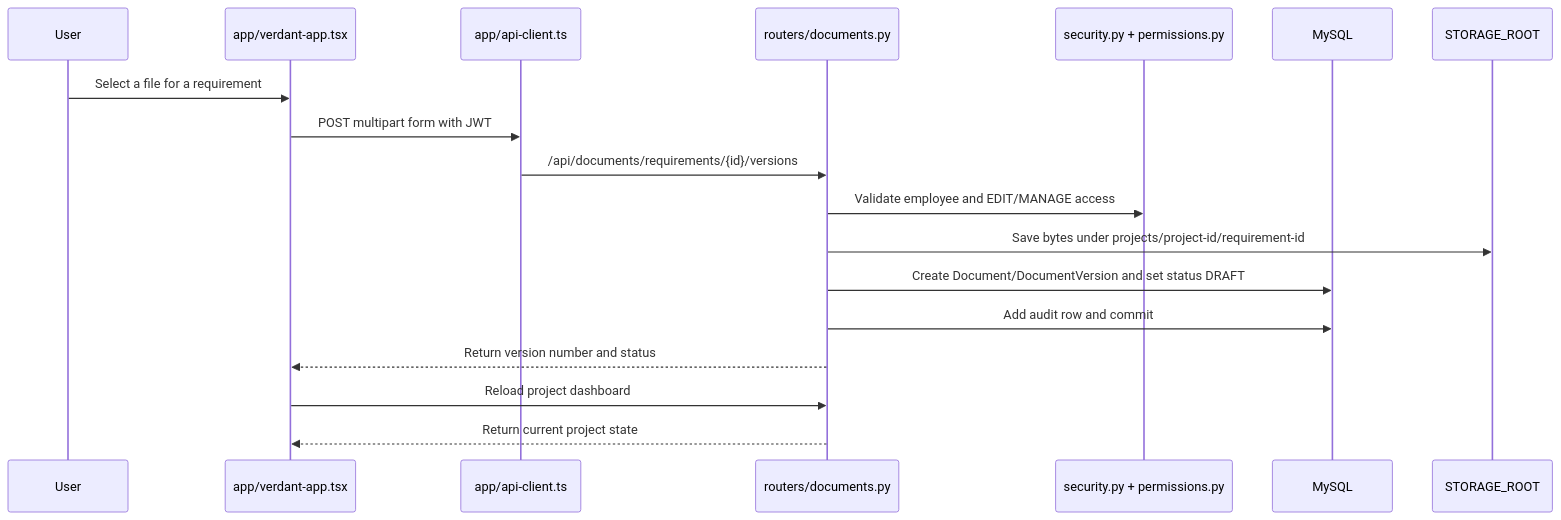
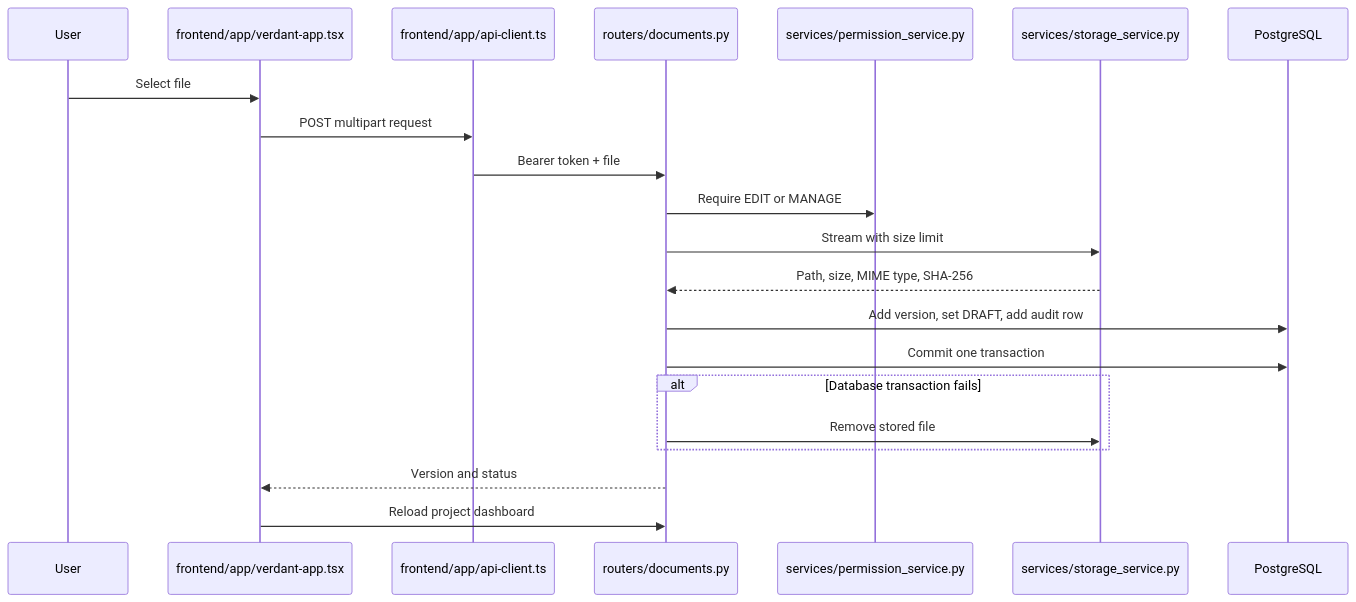
One commit to zerolight59/verdant-document-hub changed the second of 3 diagrams in docs/CODEBASE_GUIDE.md. Above: the diagram before and after it, drawn with Mermaid. The commit also changed other lines of this file and 157 other files, not shown here.

Commit message:
Build maintainable PostgreSQL product architecture

````diff
--- a/docs/CODEBASE_GUIDE.md
+++ b/docs/CODEBASE_GUIDE.md
@@ -66,21 +101,24 @@
 ```mermaid
 sequenceDiagram
     participant User
-    participant UI as app/verdant-app.tsx
-    participant Client as app/api-client.ts
-    participant API as routers/documents.py
-    participant Auth as security.py + permissions.py
-    participant DB as MySQL
-    participant Files as STORAGE_ROOT
+    participant UI as frontend/app/verdant-app.tsx
+    participant Client as frontend/app/api-client.ts
+    participant Router as routers/documents.py
+    participant Permission as services/permission_service.py
+    participant Storage as services/storage_service.py
+    participant DB as PostgreSQL
 
-    User->>UI: Select a file for a requirement
-    UI->>Client: POST multipart form with JWT
-    Client->>API: /api/documents/requirements/{id}/versions
-    API->>Auth: Validate employee and EDIT/MANAGE access
-    API->>Files: Save bytes under projects/project-id/requirement-id
-    API->>DB: Create Document/DocumentVersion and set status DRAFT
-    API->>DB: Add audit row and commit
-    API-->>UI: Return version number and status
-    UI->>API: Reload project dashboard
-    API-->>UI: Return current project state
+    User->>UI: Select file
+    UI->>Client: POST multipart request
+    Client->>Router: Bearer token + file
+    Router->>Permission: Require EDIT or MANAGE
+    Router->>Storage: Stream with size limit
+    Storage-->>Router: Path, size, MIME type, SHA-256
+    Router->>DB: Add version, set DRAFT, add audit row
+    Router->>DB: Commit one transaction
+    alt Database transaction fails
+        Router->>Storage: Remove stored file
+    end
+    Router-->>UI: Version and status
+    UI->>Router: Reload project dashboard
 ```
````
